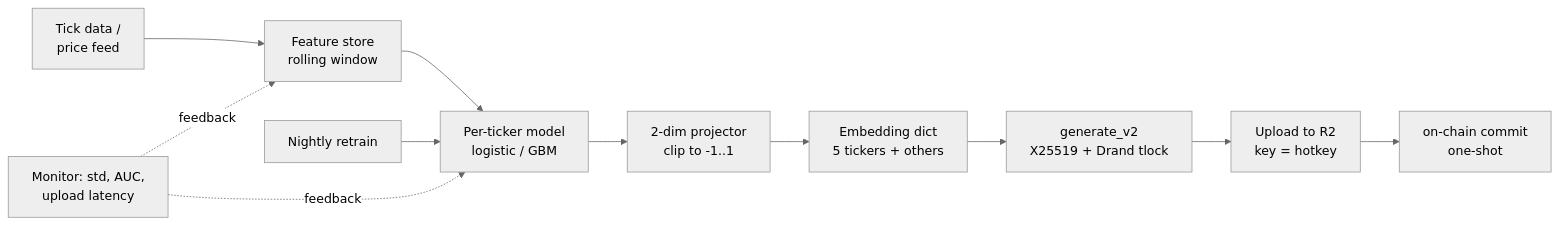
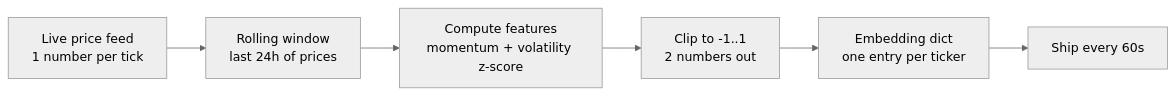
Before and after one commit to StormRunner06106/Mantis-Guide: the diagram in 02-binary-challenge.md, drawn with Mermaid (neutral theme). The commit also changed other lines of this file, not shown here.

````diff
--- a/02-binary-challenge.md
+++ b/02-binary-challenge.md
@@ -292,14 +218,8 @@
 ```mermaid
 graph LR
-    A[Tick data /<br/>price feed] --> B[Feature store<br/>rolling window]
-    B --> C[Per-ticker model<br/>logistic / GBM]
-    C --> D[2-dim projector<br/>clip to -1..1]
-    D --> E[Embedding dict<br/>5 tickers + others]
-    E --> F[generate_v2<br/>X25519 + Drand tlock]
-    F --> G[Upload to R2<br/>key = hotkey]
-    G --> H[on-chain commit<br/>one-shot]
-
-    I[Nightly retrain] --> C
-    J[Monitor: std, AUC,<br/>upload latency] -. feedback .-> B
-    J -. feedback .-> C
+    A[Live price feed<br/>1 number per tick] --> B[Rolling window<br/>last 24h of prices]
+    B --> C[Compute features<br/>momentum + volatility z-score]
+    C --> D[Clip to -1..1<br/>2 numbers out]
+    D --> E[Embedding dict<br/>one entry per ticker]
+    E --> F[Ship every 60s]
 ```
````
